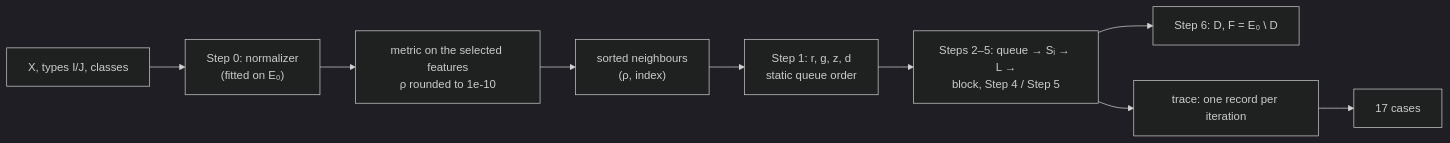
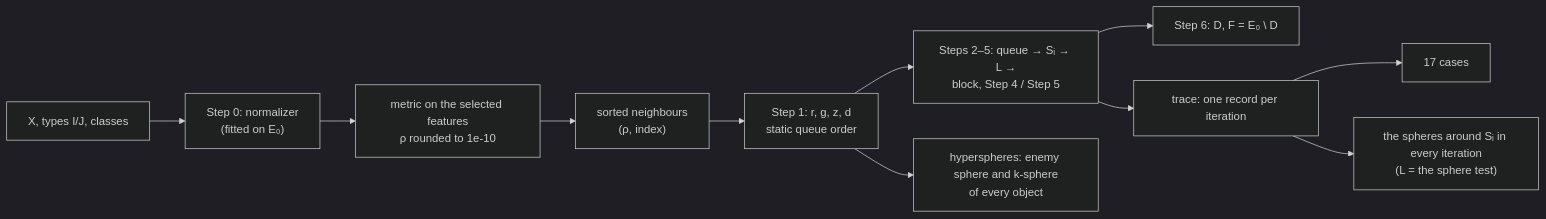
Before and after one commit to ktuhtabayev/erdr: the second of 3 diagrams in docs/architecture.md, drawn with Mermaid (dark theme). The commit also changed other lines of this file and 54 other files, not shown here.

````diff
--- a/docs/architecture.md
+++ b/docs/architecture.md
@@ -49,11 +49,13 @@
 ```mermaid
 flowchart LR
     X["X, types I/J, classes"] --> N["Step 0: normalizer<br/>(fitted on E₀)"]
     N --> M["metric on the selected features<br/>ρ rounded to 1e-10"]
     M --> O["sorted neighbours<br/>(ρ, index)"]
     O --> C["Step 1: r, g, z, d<br/>static queue order"]
     C --> L["Steps 2–5: queue → Sᵢ → L →<br/>block, Step 4 / Step 5"]
     L --> R["Step 6: D, F = E₀ \ D"]
     L --> T["trace: one record per iteration"]
     T --> K["17 cases"]
+    C --> H["hyperspheres: enemy sphere and k-sphere<br/>of every object"]
+    T --> H2["the spheres around Sᵢ in every iteration<br/>(L = the sphere test)"]
 ```
````
